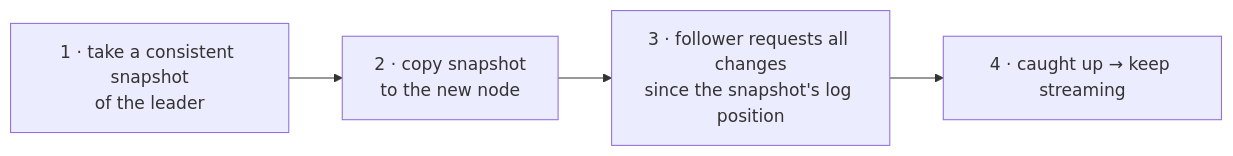
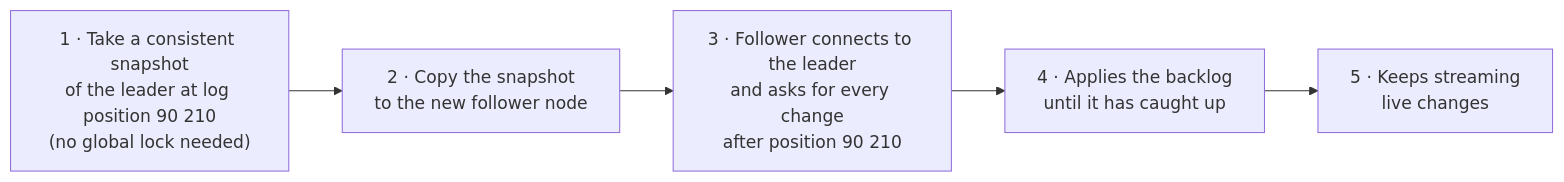
Before and after one commit to pratikguru998/ddia-book: the seventh of 35 diagrams in docs/chapters/part-2/05-replication.mdx, drawn with Mermaid. The commit also changed other lines of this file and 13 other files, not shown here.

Commit message:
Expand all 12 chapters: every book subsection, deeper notes, ~320 diagrams

````diff
--- a/docs/chapters/part-2/05-replication.mdx
+++ b/docs/chapters/part-2/05-replication.mdx
@@ -72,6 +221,7 @@
 ```mermaid
 flowchart LR
-  A["1 · take a consistent snapshot<br/>of the leader"] --> B["2 · copy snapshot<br/>to the new node"]
-  B --> C["3 · follower requests all changes<br/>since the snapshot's log position"]
-  C --> D["4 · caught up → keep streaming"]
+  A["1 · Take a consistent snapshot<br/>of the leader at log position 90 210<br/>(no global lock needed)"] --> B["2 · Copy the snapshot<br/>to the new follower node"]
+  B --> C["3 · Follower connects to the leader<br/>and asks for every change<br/>after position 90 210"]
+  C --> D["4 · Applies the backlog<br/>until it has caught up"]
+  D --> E["5 · Keeps streaming<br/>live changes"]
 ```
````
